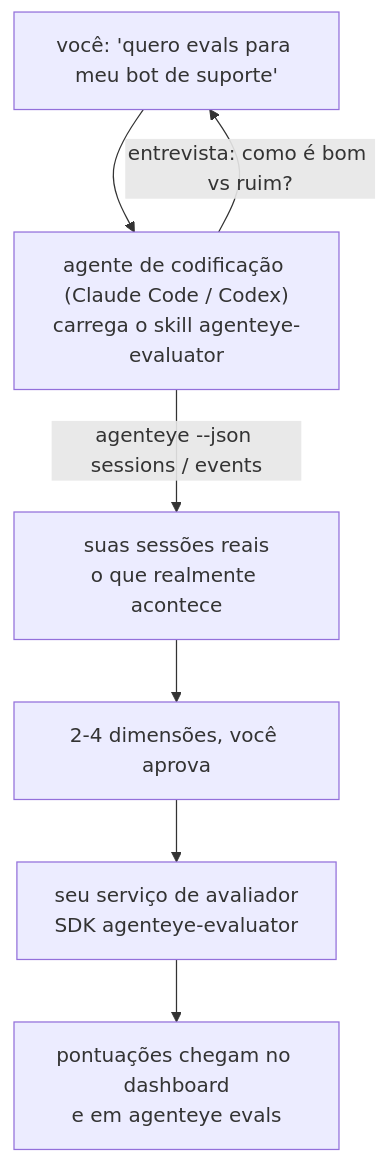
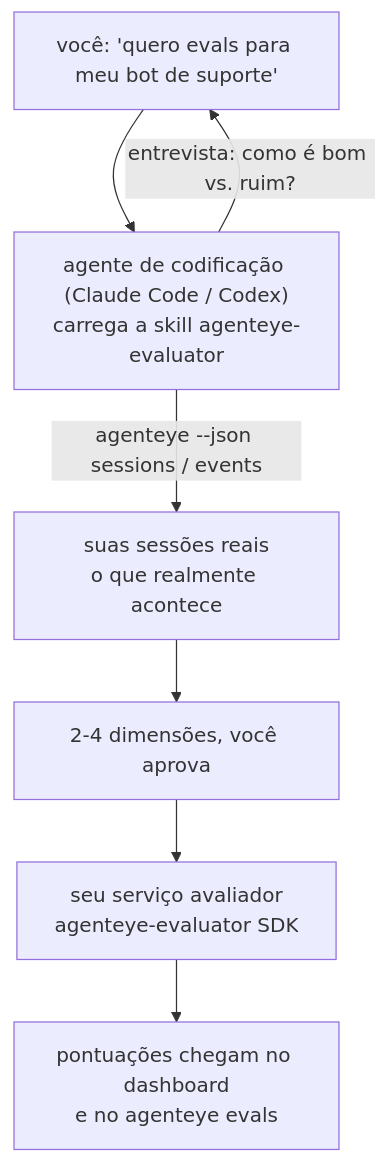
The diagram in docs/pt-br/agenteye/evaluator-skill.mdx (FailproofAI/failproofai), drawn with Mermaid before and after one commit. The commit also changed other lines of this file and 650 other files, not shown here.

````diff
--- a/docs/pt-br/agenteye/evaluator-skill.mdx
+++ b/docs/pt-br/agenteye/evaluator-skill.mdx
@@ -21,9 +21,9 @@
 ```mermaid
 flowchart TD
-    YOU["você: 'quero evals para meu bot de suporte'"] --> AGENT["agente de codificação (Claude Code / Codex)<br/>carrega o skill agenteye-evaluator"]
-    AGENT -->|"entrevista: como é bom vs ruim?"| YOU
+    YOU["você: 'quero evals para meu bot de suporte'"] --> AGENT["agente de codificação (Claude Code / Codex)<br/>carrega a skill agenteye-evaluator"]
+    AGENT -->|"entrevista: como é bom vs. ruim?"| YOU
     AGENT -->|"agenteye --json sessions / events"| DATA["suas sessões reais<br/>o que realmente acontece"]
     DATA --> DIMS["2-4 dimensões, você aprova"]
-    DIMS --> SVC["seu serviço de avaliador<br/>SDK agenteye-evaluator"]
-    SVC --> SCORES["pontuações chegam no dashboard<br/>e em agenteye evals"]
+    DIMS --> SVC["seu serviço avaliador<br/>agenteye-evaluator SDK"]
+    SVC --> SCORES["pontuações chegam no dashboard<br/>e no agenteye evals"]
 ```
````
